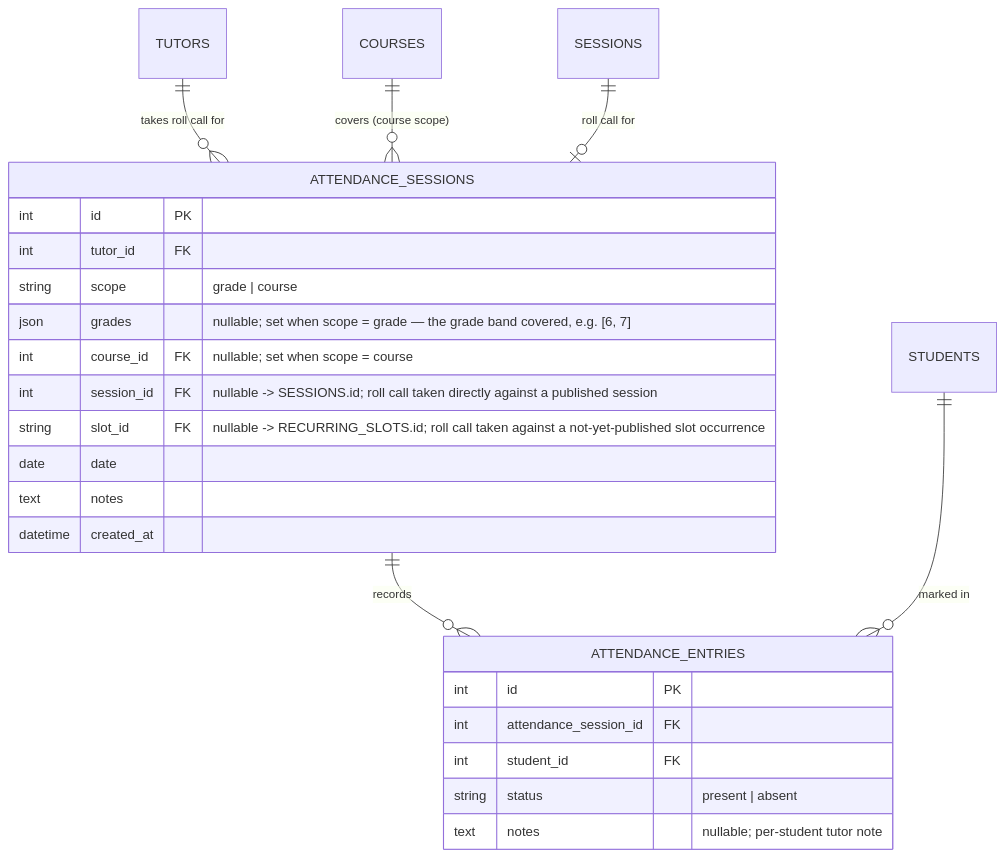
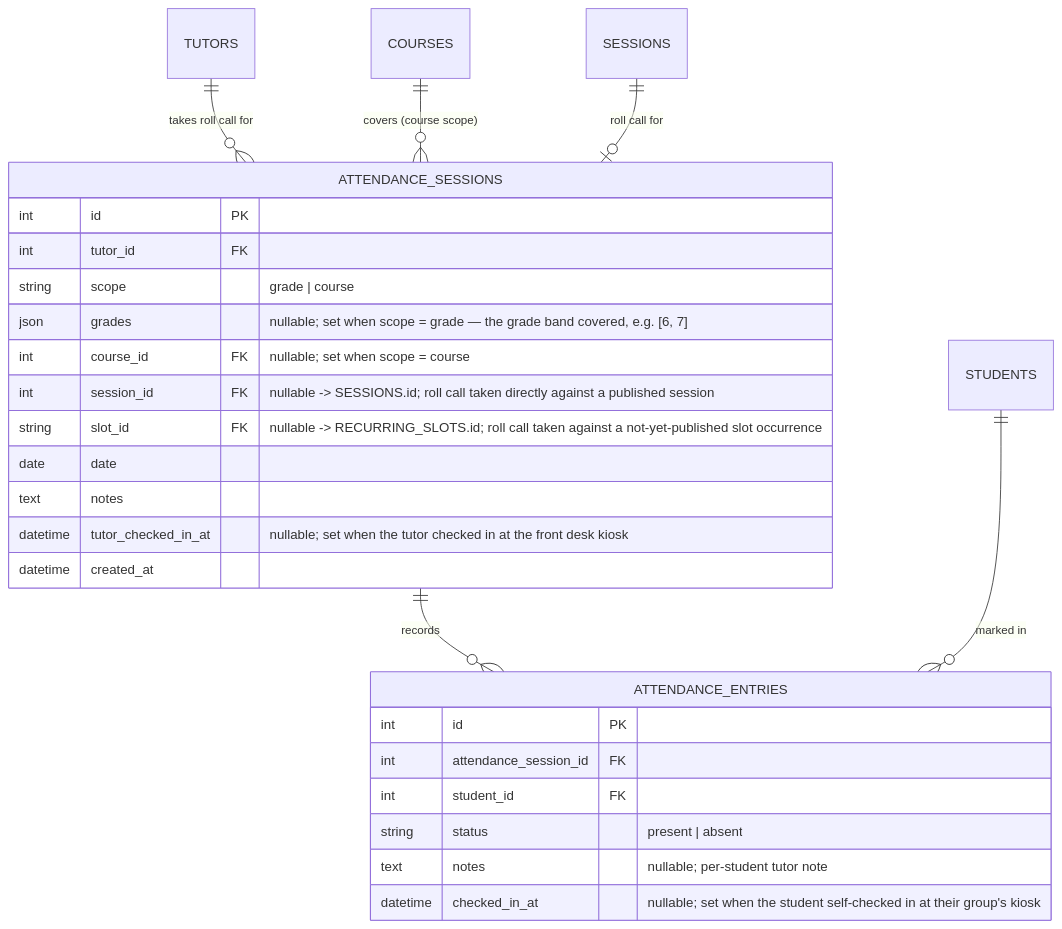
The fourth of 6 diagrams in docs/schema/database-schema.md (fumubyeyi/menya), drawn with Mermaid before and after one commit. The commit also changed other lines of this file and 4 other files, not shown here.

````diff
--- a/docs/schema/database-schema.md
+++ b/docs/schema/database-schema.md
@@ -243,29 +243,31 @@
 ```mermaid
 erDiagram
     TUTORS   ||--o{ ATTENDANCE_SESSIONS : "takes roll call for"
     COURSES  ||--o{ ATTENDANCE_SESSIONS : "covers (course scope)"
     SESSIONS ||--o| ATTENDANCE_SESSIONS : "roll call for"
     ATTENDANCE_SESSIONS ||--o{ ATTENDANCE_ENTRIES : records
     STUDENTS ||--o{ ATTENDANCE_ENTRIES : "marked in"
 
     ATTENDANCE_SESSIONS {
         int      id PK
         int      tutor_id FK
         string   scope "grade | course"
         json     grades "nullable; set when scope = grade — the grade band covered, e.g. [6, 7]"
         int      course_id FK "nullable; set when scope = course"
         int      session_id FK "nullable -> SESSIONS.id; roll call taken directly against a published session"
         string   slot_id FK "nullable -> RECURRING_SLOTS.id; roll call taken against a not-yet-published slot occurrence"
         date     date
         text     notes
+        datetime tutor_checked_in_at "nullable; set when the tutor checked in at the front desk kiosk"
         datetime created_at
     }
 
     ATTENDANCE_ENTRIES {
         int    id PK
         int    attendance_session_id FK
         int    student_id FK
         string status "present | absent"
         text   notes "nullable; per-student tutor note"
+        datetime checked_in_at "nullable; set when the student self-checked in at their group's kiosk"
     }
 ```
````
